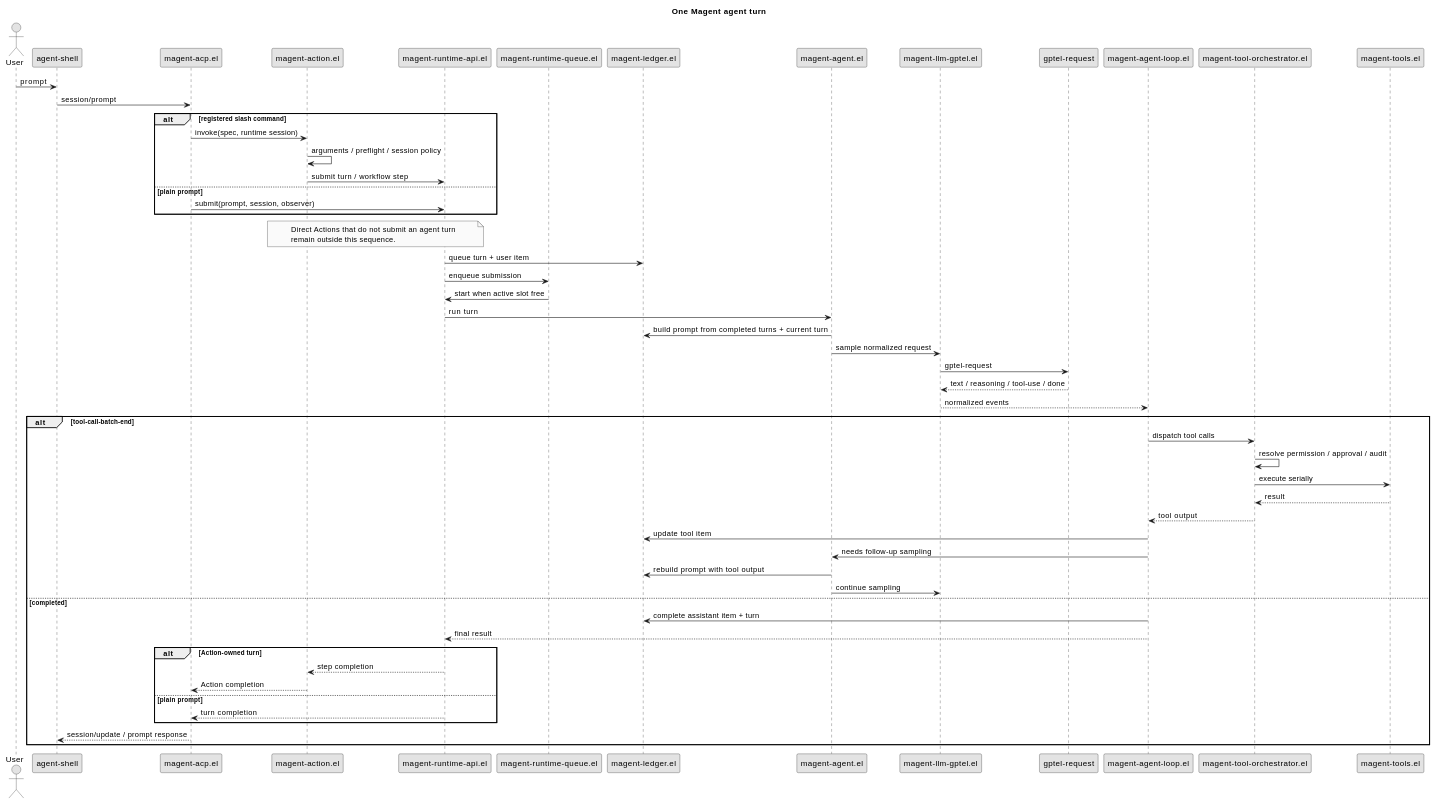
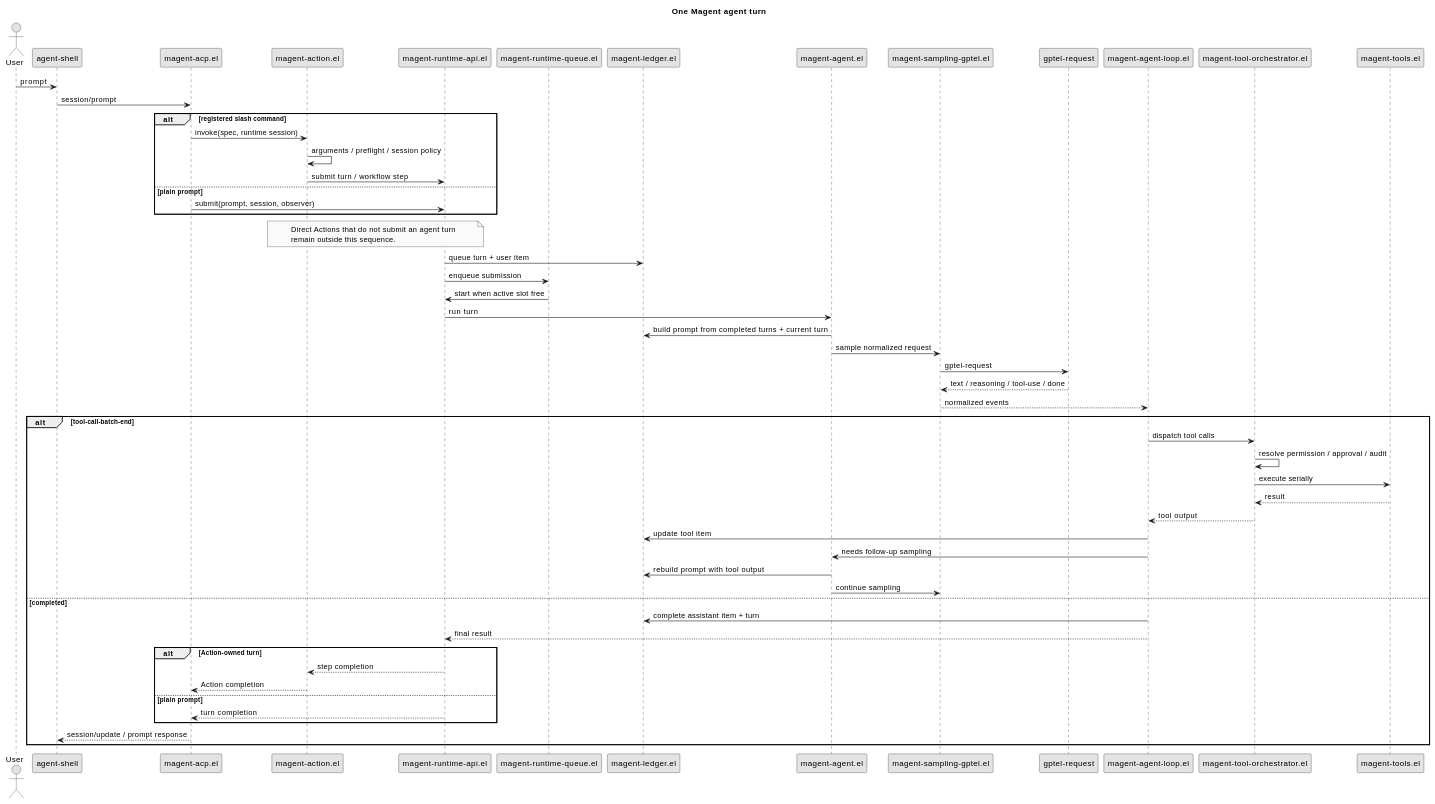
Before and after one commit to Jamie-Cui/magent: the second of 3 diagrams in docs/_diagrams/magent-architecture.org, drawn with PlantUML. The commit also changed 28 other files, not shown here.

First line of the commit message:
refactor(sampling): rename LLM abstraction and harden tool support (#54)

```diff
--- a/docs/_diagrams/magent-architecture.org
+++ b/docs/_diagrams/magent-architecture.org
@@ -69,66 +69,66 @@
 #+begin_src plantuml :file ../assets/img/diagrams/one-magent-turn.svg :exports results :results file
 @startuml
 title One Magent agent turn
 skinparam monochrome true
 skinparam shadowing false
 
 actor User
 participant "agent-shell" as UI
 participant "magent-acp.el" as ACP
 participant "magent-action.el" as Action
 participant "magent-runtime-api.el" as Runtime
 participant "magent-runtime-queue.el" as Queue
 participant "magent-ledger.el" as Ledger
 participant "magent-agent.el" as Agent
-participant "magent-llm-gptel.el" as Adapter
+participant "magent-sampling-gptel.el" as Adapter
 participant "gptel-request" as Gptel
 participant "magent-agent-loop.el" as Loop
 participant "magent-tool-orchestrator.el" as Orchestrator
 participant "magent-tools.el" as Tools
 
 User -> UI : prompt
 UI -> ACP : session/prompt
 alt registered slash command
   ACP -> Action : invoke(spec, runtime session)
   Action -> Action : arguments / preflight / session policy
   Action -> Runtime : submit turn / workflow step
 else plain prompt
   ACP -> Runtime : submit(prompt, session, observer)
 end
 note over Action,Runtime
   Direct Actions that do not submit an agent turn
   remain outside this sequence.
 end note
 Runtime -> Ledger : queue turn + user item
 Runtime -> Queue : enqueue submission
 Queue -> Runtime : start when active slot free
 Runtime -> Agent : run turn
 Agent -> Ledger : build prompt from completed turns + current turn
 Agent -> Adapter : sample normalized request
 Adapter -> Gptel : gptel-request
 Gptel --> Adapter : text / reasoning / tool-use / done
 Adapter --> Loop : normalized events
 
 alt tool-call-batch-end
   Loop -> Orchestrator : dispatch tool calls
   Orchestrator -> Orchestrator : resolve permission / approval / audit
   Orchestrator -> Tools : execute serially
   Tools --> Orchestrator : result
   Orchestrator --> Loop : tool output
   Loop -> Ledger : update tool item
   Loop -> Agent : needs follow-up sampling
   Agent -> Ledger : rebuild prompt with tool output
   Agent -> Adapter : continue sampling
 else completed
   Loop -> Ledger : complete assistant item + turn
   Loop --> Runtime : final result
   alt Action-owned turn
     Runtime --> Action : step completion
     Action --> ACP : Action completion
   else plain prompt
     Runtime --> ACP : turn completion
   end
   ACP --> UI : session/update / prompt response
 end
 @enduml
 #+end_src
```
